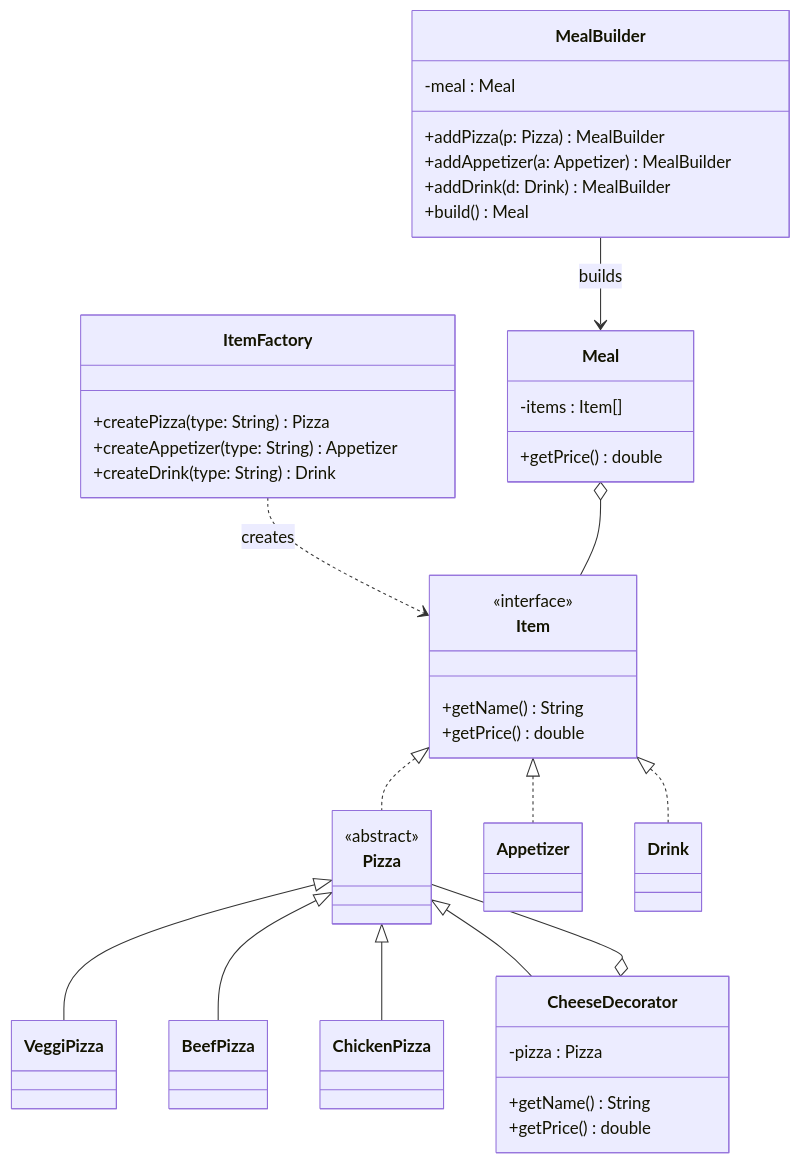
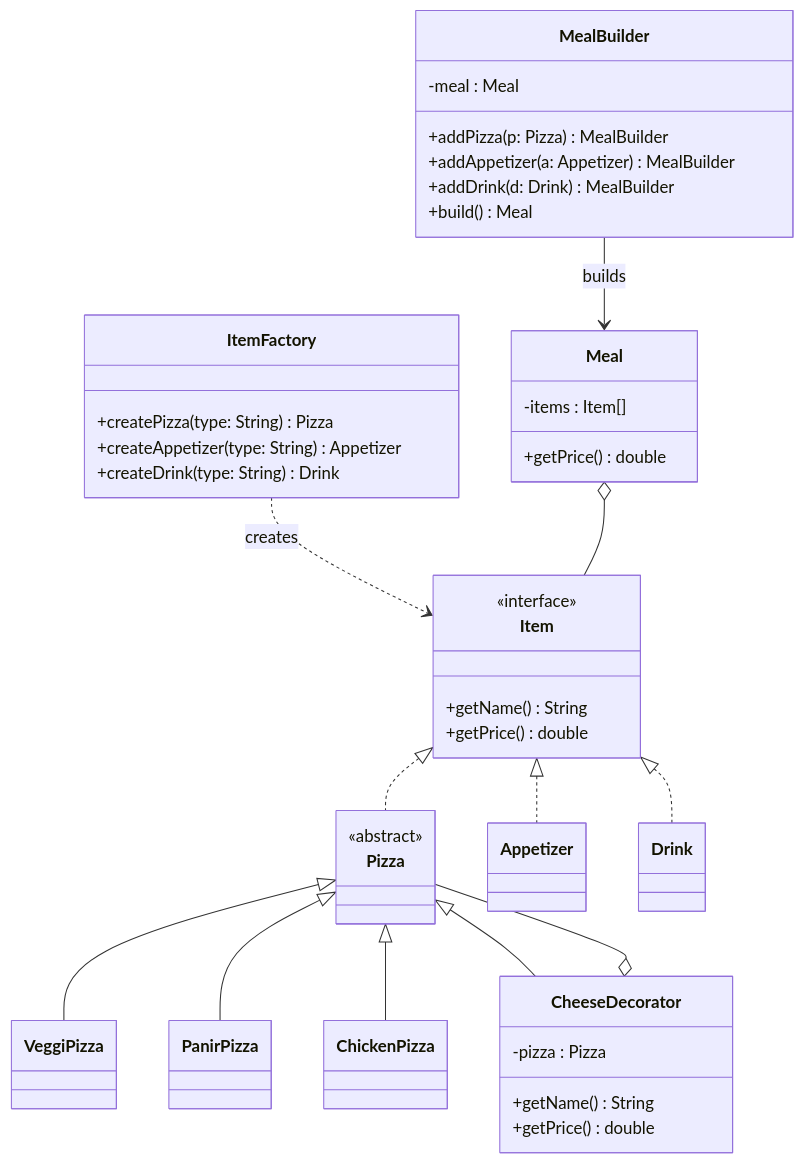
Before and after one commit to TJ-Paul/CSE213-SWE-TF: the seventh of 8 diagrams in 01 IJ/IJ-1 Structural Design Patterns.md, drawn with Mermaid. The commit also changed other lines of this file and 18 other files, not shown here.

````diff
--- a/01 IJ/IJ-1 Structural Design Patterns.md
+++ b/01 IJ/IJ-1 Structural Design Patterns.md
@@ -559,48 +569,48 @@
 ```mermaid
 classDiagram
     class Item {
         <<interface>>
         +getName() String
         +getPrice() double
     }
     class Pizza {
         <<abstract>>
     }
     class VeggiPizza
-    class BeefPizza
+    class PanirPizza
     class ChickenPizza
     class CheeseDecorator {
         -pizza : Pizza
         +getName() String
         +getPrice() double
     }
     class Appetizer
     class Drink
     class ItemFactory {
         +createPizza(type: String) Pizza
         +createAppetizer(type: String) Appetizer
         +createDrink(type: String) Drink
     }
     class Meal {
         -items : Item[]
         +getPrice() double
     }
     class MealBuilder {
         -meal : Meal
         +addPizza(p: Pizza) MealBuilder
         +addAppetizer(a: Appetizer) MealBuilder
         +addDrink(d: Drink) MealBuilder
         +build() Meal
     }
     Item <|.. Pizza
     Item <|.. Appetizer
     Item <|.. Drink
     Pizza <|-- VeggiPizza
-    Pizza <|-- BeefPizza
+    Pizza <|-- PanirPizza
     Pizza <|-- ChickenPizza
     Pizza <|-- CheeseDecorator
     CheeseDecorator o-- Pizza
     ItemFactory ..> Item : creates
     MealBuilder --> Meal : builds
     Meal o-- Item
 ```
````
